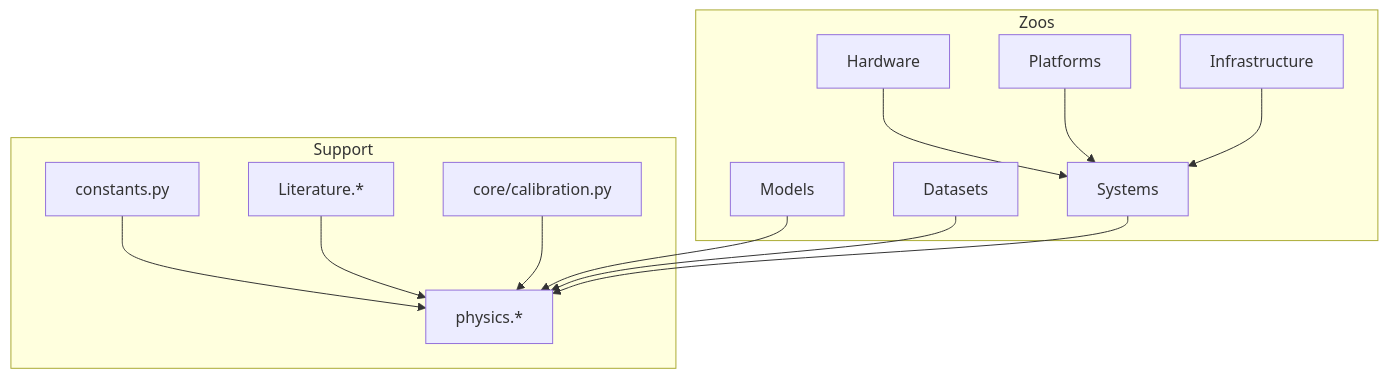
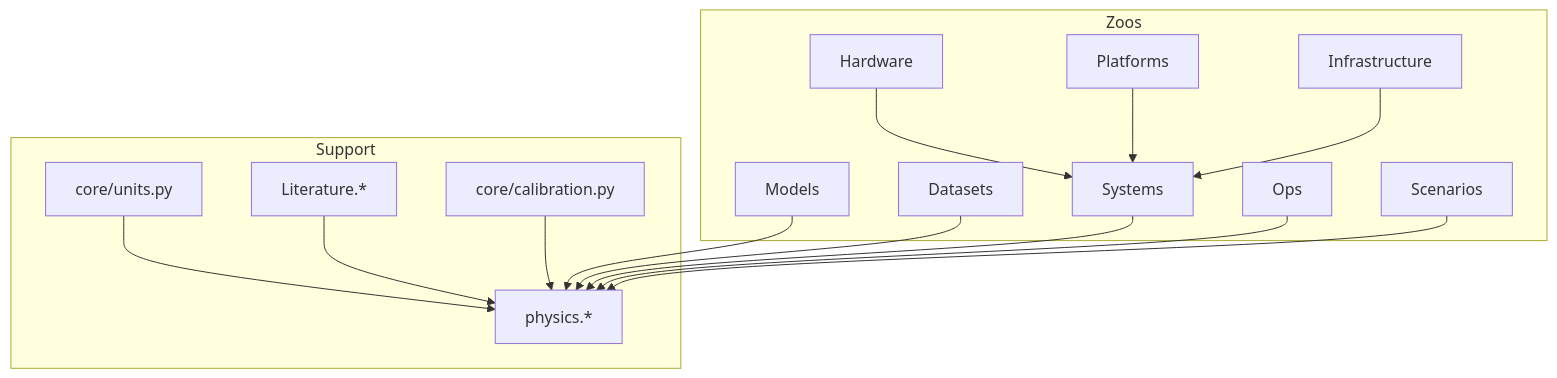
The diagram in mlsysim/docs/DATA_MODEL.md (harvard-edge/cs249r_book), drawn with Mermaid before and after one commit. The commit also changed other lines of this file and 27 other files, not shown here.

````diff
--- a/mlsysim/docs/DATA_MODEL.md
+++ b/mlsysim/docs/DATA_MODEL.md
@@ -31,26 +34,30 @@
 ```mermaid
 flowchart TB
   subgraph zoos [Zoos]
     Hardware
     Models
     Datasets
     Platforms
     Infrastructure
     Systems
+    Ops
+    Scenarios
   end
   subgraph support [Support]
-    constants[constants.py]
+    units[core/units.py]
     literature[Literature.*]
     calibration[core/calibration.py]
     physics[physics.*]
   end
   Hardware --> Systems
   Platforms --> Systems
   Infrastructure --> Systems
   Models --> physics
   Datasets --> physics
-  constants --> physics
+  units --> physics
   literature --> physics
+  Ops --> physics
+  Scenarios --> physics
   calibration --> physics
   Systems --> physics
 ```
````
